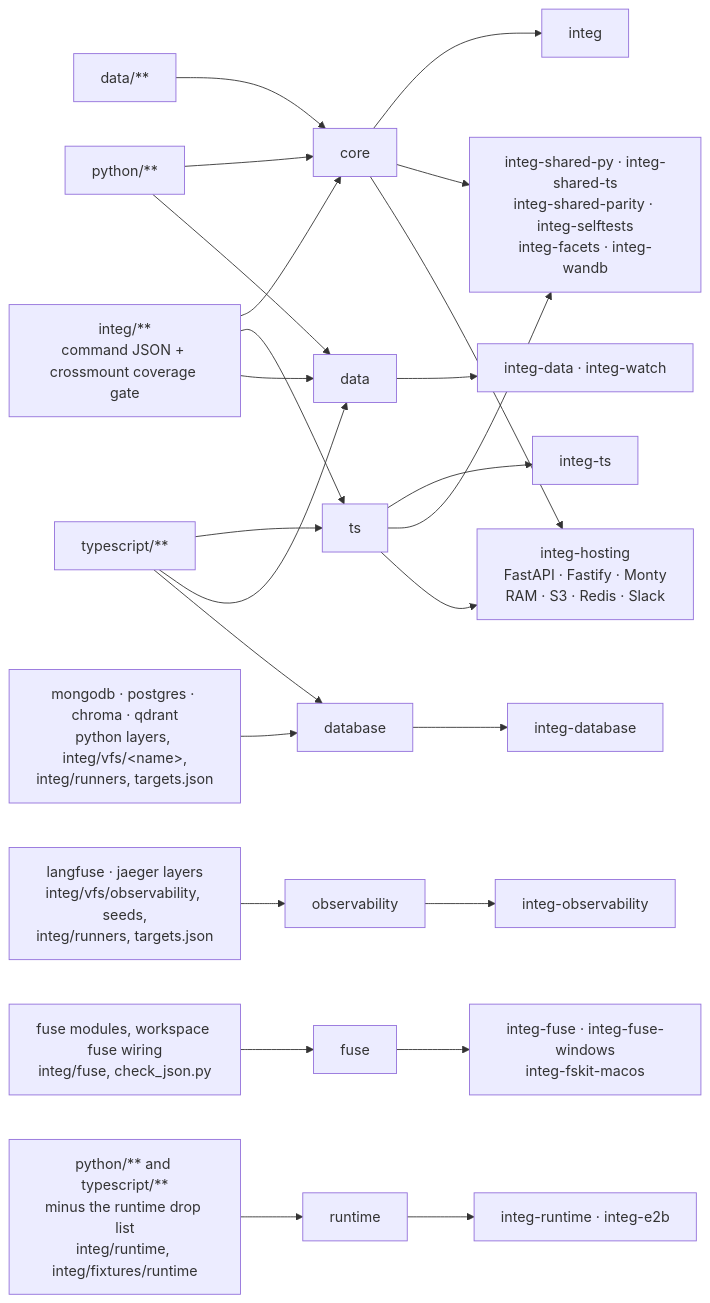
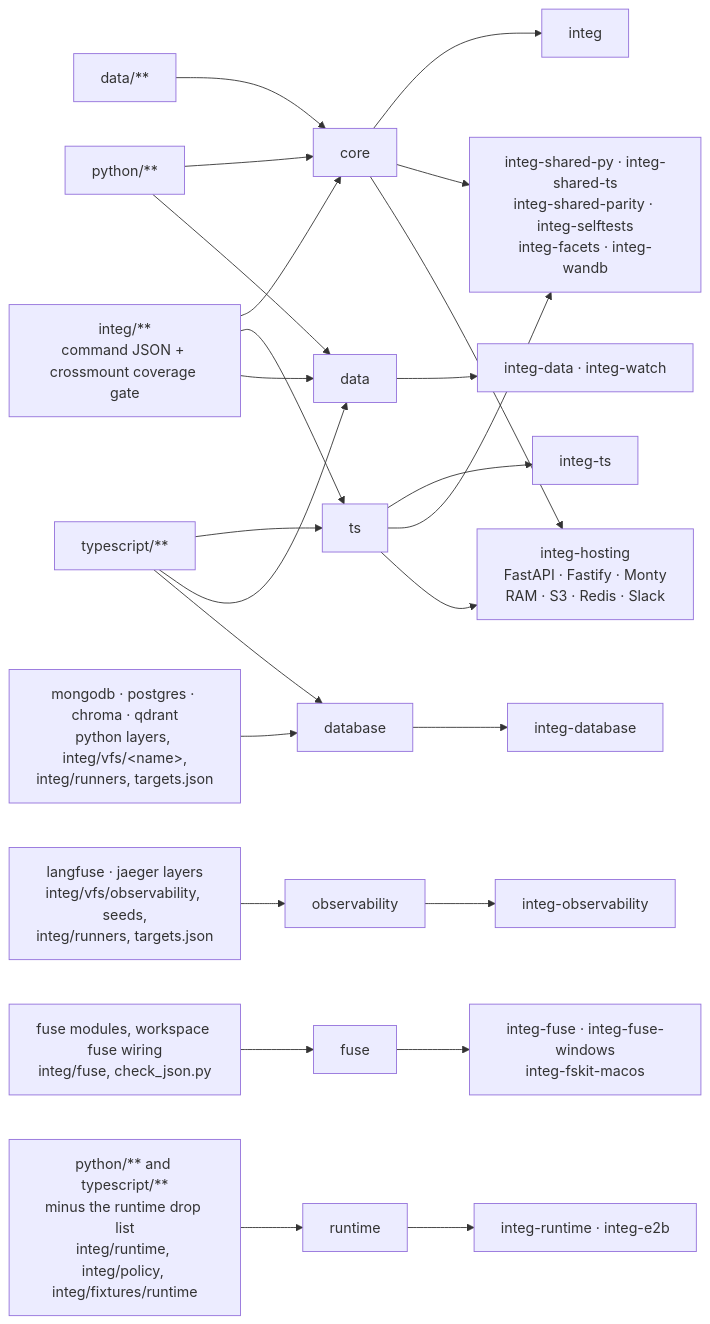
Before and after one commit to strukto-ai/mirage: the diagram in integ/README.md, drawn with Mermaid. The commit also changed other lines of this file and 15 other files, not shown here.

````diff
--- a/integ/README.md
+++ b/integ/README.md
@@ -145,20 +148,20 @@
 ```mermaid
 flowchart LR
     PY["python/**"] --> core & data
     TSX["typescript/**"] --> ts & data & database
     IN["integ/**<br/>command JSON + crossmount coverage gate"] --> core & ts & data
     D["data/**"] --> core
     DB["mongodb · postgres · chroma · qdrant<br/>python layers, integ/vfs/&lt;name&gt;,<br/>integ/runners, targets.json"] --> database
     OB["langfuse · jaeger layers<br/>integ/vfs/observability, seeds,<br/>integ/runners, targets.json"] --> observability
     FS["fuse modules, workspace fuse wiring<br/>integ/fuse, check_json.py"] --> fuse
-    RT["python/** and typescript/**<br/>minus the runtime drop list<br/>integ/runtime, integ/fixtures/runtime"] --> runtime
+    RT["python/** and typescript/**<br/>minus the runtime drop list<br/>integ/runtime, integ/policy, integ/fixtures/runtime"] --> runtime
     core --> J1["integ"]
     ts --> J2["integ-ts"]
     core & ts --> J3["integ-shared-py · integ-shared-ts<br/>integ-shared-parity · integ-selftests<br/>integ-facets · integ-wandb"]
     core & ts --> HOST["integ-hosting<br/>FastAPI · Fastify · Monty<br/>RAM · S3 · Redis · Slack"]
     data --> J4["integ-data · integ-watch"]
     database --> J5["integ-database"]
     observability --> J6["integ-observability"]
     fuse --> J7["integ-fuse · integ-fuse-windows<br/>integ-fskit-macos"]
     runtime --> J8["integ-runtime · integ-e2b"]
 ```
````
